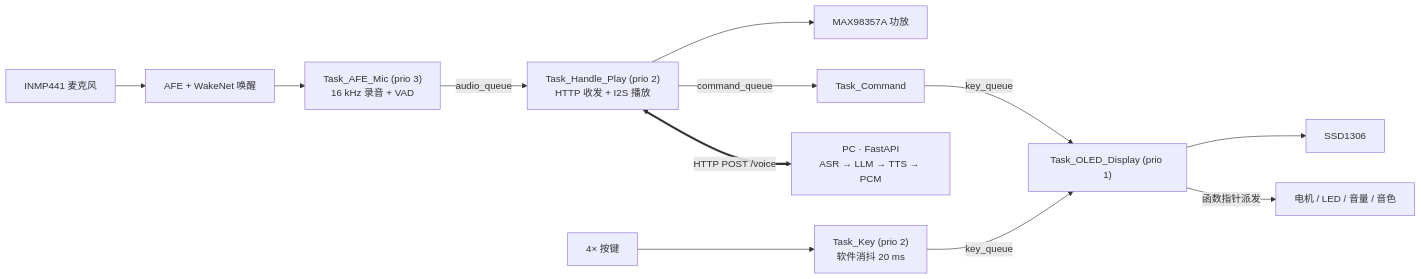
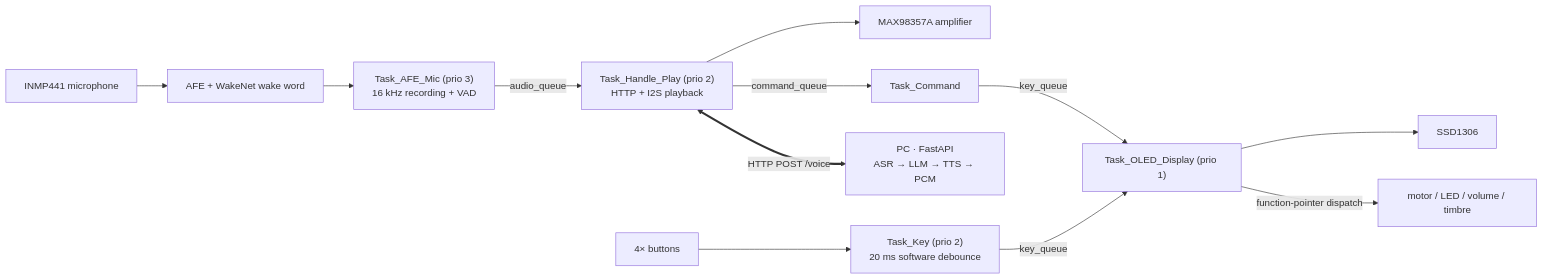
The first of 2 diagrams in README.md (3209235361-wq/Esp32-chat-assistant), drawn with Mermaid before and after one commit. The commit also changed other lines of this file and 8 other files, not shown here.

````diff
--- a/README.md
+++ b/README.md
@@ -48,14 +47,14 @@
 ```mermaid
 flowchart LR
-    MIC[INMP441 麦克风] --> AFE[AFE + WakeNet 唤醒]
-    AFE --> T1["Task_AFE_Mic (prio 3)<br/>16 kHz 录音 + VAD"]
-    T1 -- audio_queue --> T2["Task_Handle_Play (prio 2)<br/>HTTP 收发 + I2S 播放"]
-    T2 --> AMP[MAX98357A 功放]
+    MIC[INMP441 microphone] --> AFE[AFE + WakeNet wake word]
+    AFE --> T1["Task_AFE_Mic (prio 3)<br/>16 kHz recording + VAD"]
+    T1 -- audio_queue --> T2["Task_Handle_Play (prio 2)<br/>HTTP + I2S playback"]
+    T2 --> AMP[MAX98357A amplifier]
     T2 -- command_queue --> T3[Task_Command]
-    KEY[4× 按键] --> T4["Task_Key (prio 2)<br/>软件消抖 20 ms"]
+    KEY[4× buttons] --> T4["Task_Key (prio 2)<br/>20 ms software debounce"]
     T4 -- key_queue --> UI["Task_OLED_Display (prio 1)"]
     T3 -- key_queue --> UI
     UI --> OLED[SSD1306]
-    UI -- 函数指针派发 --> DEV[电机 / LED / 音量 / 音色]
+    UI -- function-pointer dispatch --> DEV[motor / LED / volume / timbre]
     T2 <== "HTTP POST /voice" ==> PC["PC · FastAPI<br/>ASR → LLM → TTS → PCM"]
 ```
````
